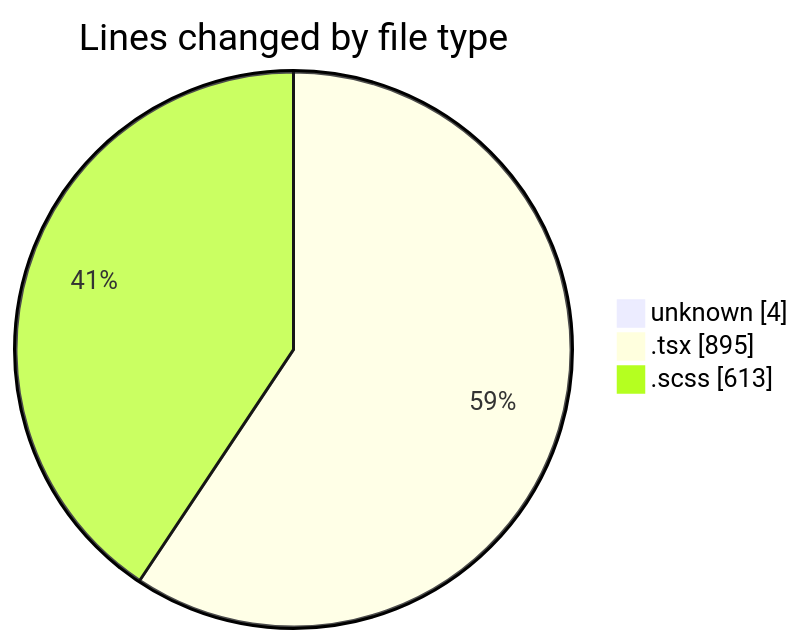
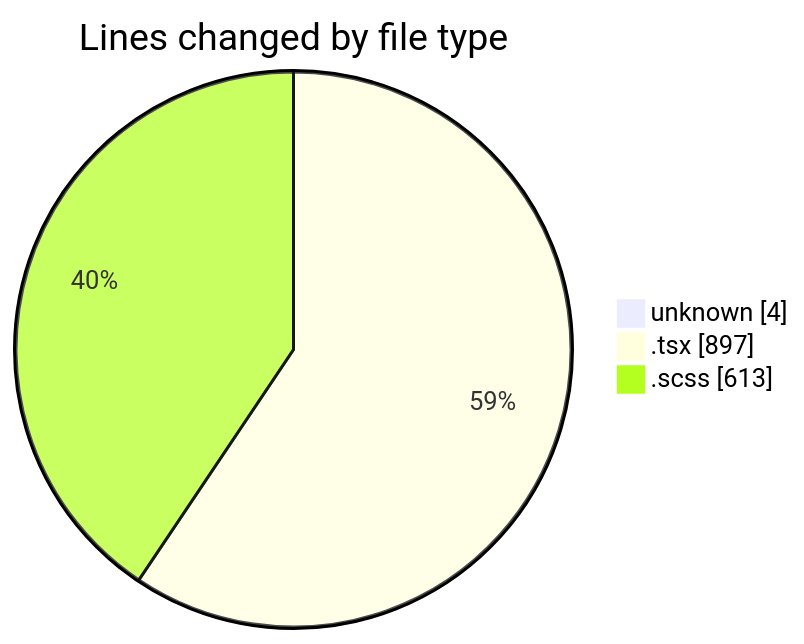
The first of 2 diagrams in 2025-02-14/cda/README.md (momahboobian/code-tracking), drawn with Mermaid before and after one commit. The commit also changed other lines of this file and 1 other file, not shown here.

````diff
--- a/2025-02-14/cda/README.md
+++ b/2025-02-14/cda/README.md
@@ -27,7 +27,7 @@
 ```mermaid
 pie showData
 title Lines changed by file type
 "unknown" : 4
-".tsx" : 895
+".tsx" : 897
 ".scss" : 613
 ```
````
